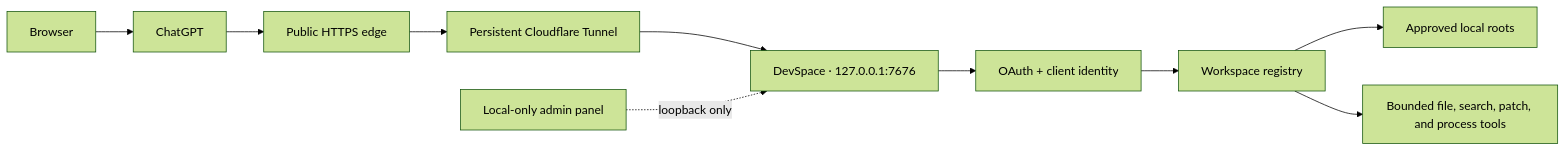
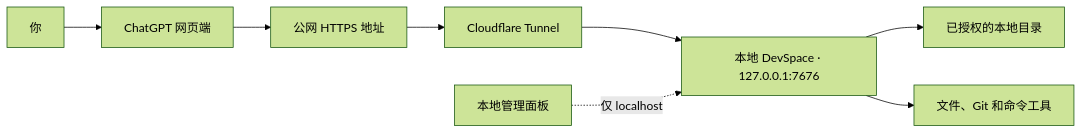
Before and after one commit to keepkeen/devspace: the diagram in README.md, drawn with Mermaid (forest theme). The commit also changed other lines of this file and 58 other files, not shown here.

````diff
--- a/README.md
+++ b/README.md
@@ -63,12 +71,10 @@
 ```mermaid
 flowchart LR
-    U["Browser"] --> C["ChatGPT"]
-    C --> E["Public HTTPS edge"]
-    E --> T["Persistent Cloudflare Tunnel"]
-    T --> D["DevSpace · 127.0.0.1:7676"]
-    D --> A["OAuth + client identity"]
-    A --> W["Workspace registry"]
-    W --> R["Approved local roots"]
-    W --> P["Bounded file, search, patch, and process tools"]
-    M["Local-only admin panel"] -. loopback only .-> D
+    U["你"] --> C["ChatGPT 网页端"]
+    C --> H["公网 HTTPS 地址"]
+    H --> T["Cloudflare Tunnel"]
+    T --> D["本地 DevSpace · 127.0.0.1:7676"]
+    D --> W["已授权的本地目录"]
+    D --> P["文件、Git 和命令工具"]
+    A["本地管理面板"] -. "仅 localhost" .-> D
 ```
````
